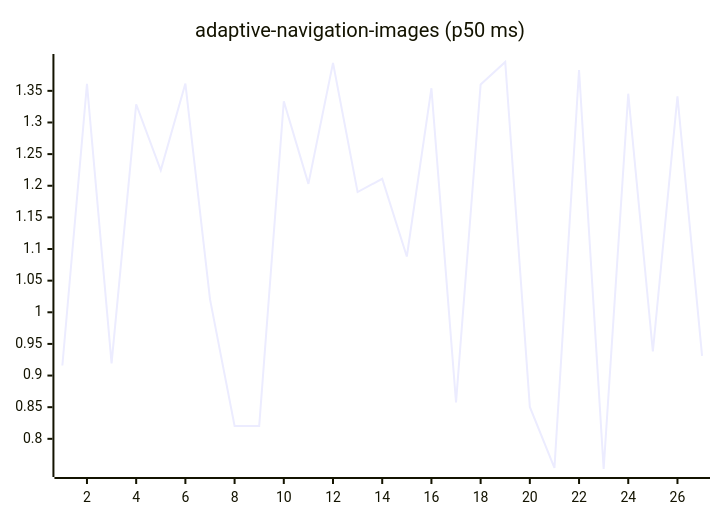
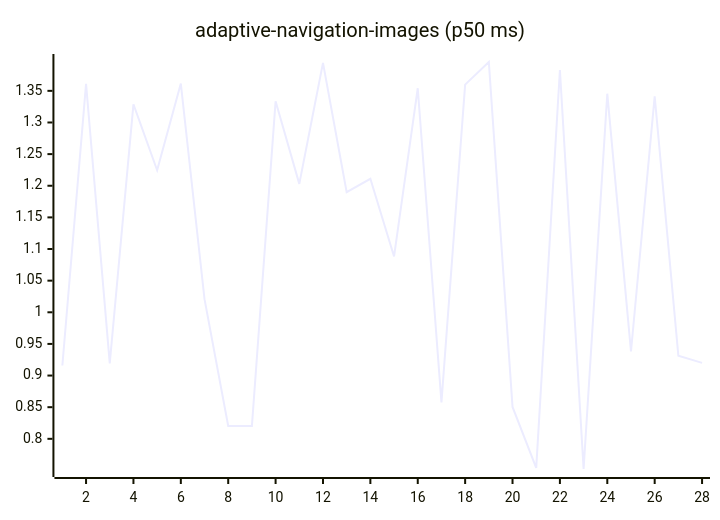
The first of 27 diagrams in README.md (josha/Facet), drawn with Mermaid before and after one commit. The commit also changed other lines of this file and 2 other files, not shown here.

````diff
--- a/README.md
+++ b/README.md
@@ -63,6 +63,6 @@
 ```mermaid
 xychart-beta
     title "adaptive-navigation-images (p50 ms)"
-    x-axis 1 --> 27
-    line [0.9159, 1.3609, 0.9193, 1.3288, 1.2245, 1.3615, 1.0208, 0.8202, 0.8203, 1.3336, 1.2030, 1.3942, 1.1900, 1.2110, 1.0882, 1.3541, 0.8576, 1.3599, 1.3956, 0.8504, 0.7540, 1.3829, 0.7523, 1.3455, 0.9380, 1.3415, 0.9312]
+    x-axis 1 --> 28
+    line [0.9159, 1.3609, 0.9193, 1.3288, 1.2245, 1.3615, 1.0208, 0.8202, 0.8203, 1.3336, 1.2030, 1.3942, 1.1900, 1.2110, 1.0882, 1.3541, 0.8576, 1.3599, 1.3956, 0.8504, 0.7540, 1.3829, 0.7523, 1.3455, 0.9380, 1.3415, 0.9312, 0.9201]
 ```
````
